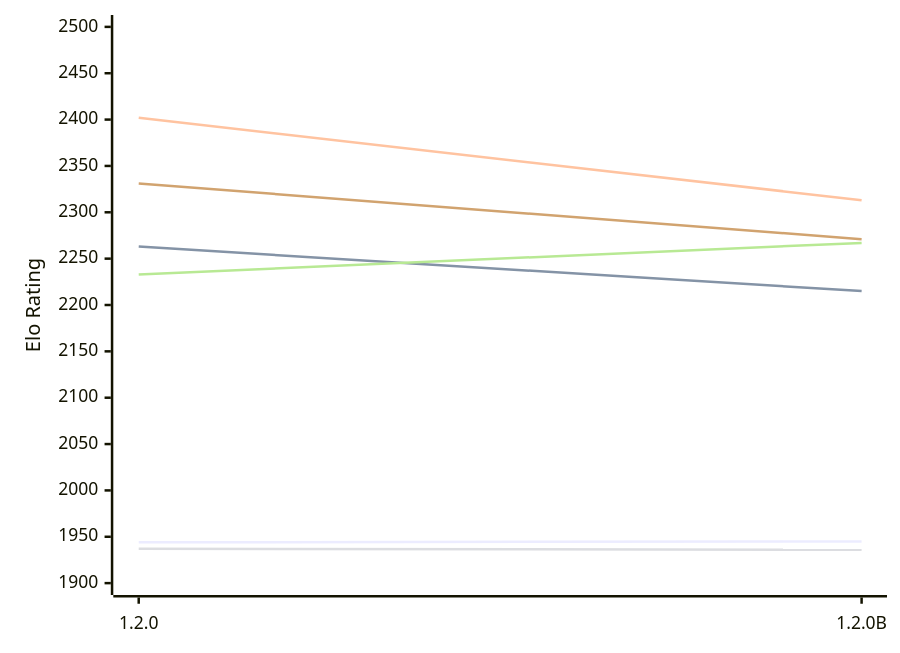
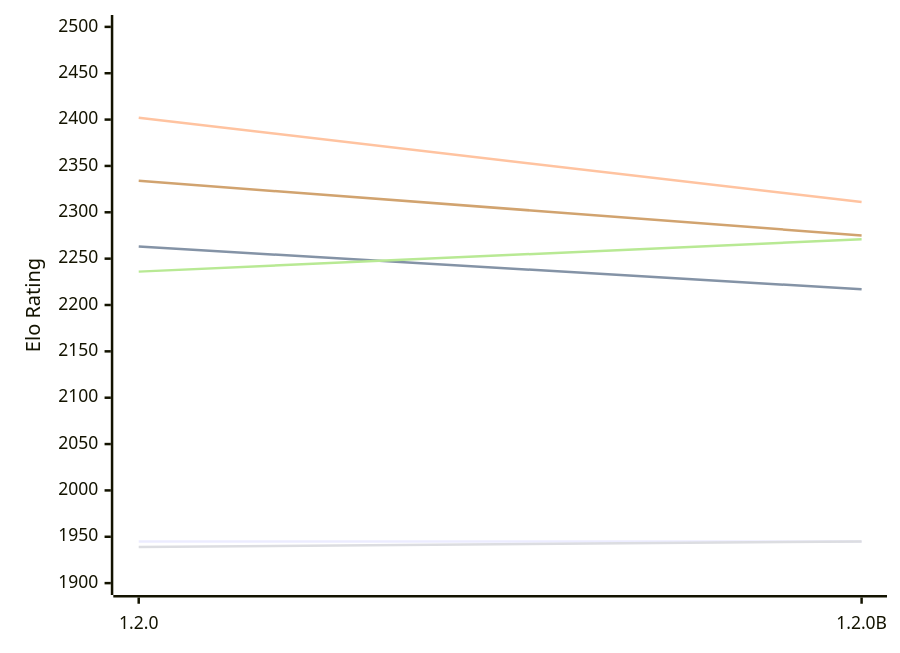
Before and after one commit to computer-chess-index/cci: the first of 2 diagrams in engines/Soomi.md, drawn with Mermaid. The commit also changed other lines of this file, not shown here.

Commit message:
Update CCI Ratings (ELO VLTC) - 2026-11-28

````diff
--- a/engines/Soomi.md
+++ b/engines/Soomi.md
@@ -53,12 +53,12 @@
 ```mermaid
 %%{init: {"theme":"base","themeVariables":{"seriesColors:['#a3a3a3','#222221','#faa371']}}}%%
 xychart-beta
   x-axis ["1.2.0", "1.2.0B"]
   y-axis "Elo Rating" 1900 --> 2500
-  line "E1: STC (8.0+0.08s)" [1944, 1945]
-  line "E1: LTC (60.0+0.60s)" [2263, 2215]
-  line "E1: VLTC (2m24s+1.12s)" [2402, 2313]
-  line "P1: STC (8.0+0.08s)" [1937, 1936]
-  line "P1: LTC (60.0+0.60s)" [2233, 2267]
-  line "P1: VLTC (2m24s+1.12s)" [2331, 2271]
+  line "E1: STC (8.0+0.08s)" [1945, 1945]
+  line "E1: LTC (60.0+0.60s)" [2263, 2217]
+  line "E1: VLTC (2m24s+1.12s)" [2402, 2311]
+  line "P1: STC (8.0+0.08s)" [1939, 1945]
+  line "P1: LTC (60.0+0.60s)" [2236, 2271]
+  line "P1: VLTC (2m24s+1.12s)" [2334, 2275]
 ```
````
